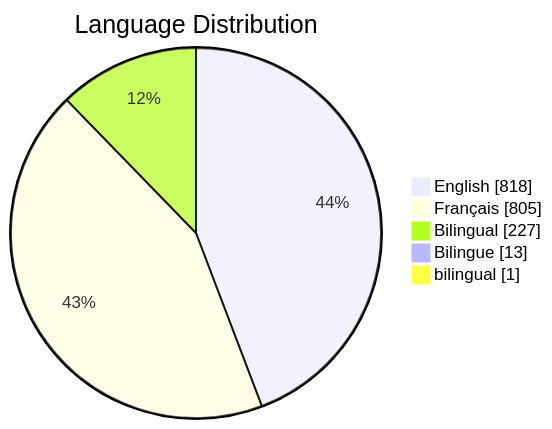
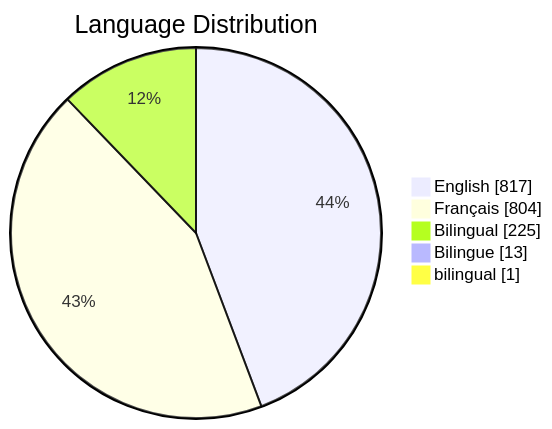
One commit to PatLittle/GC-Socials changed the third of 6 diagrams in README.md. Above: the diagram before and after it, drawn with Mermaid. The commit also changed other lines of this file, not shown here.

Commit message:
Update README with Platform Distribution pie chart

````diff
--- a/README.md
+++ b/README.md
@@ -74,8 +74,8 @@
 ```mermaid
 pie showData title Language Distribution
-    "English": 818
-    "Français": 805
-    "Bilingual": 227
+    "English": 817
+    "Français": 804
+    "Bilingual": 225
     "Bilingue": 13
     "bilingual": 1
 ```
````
